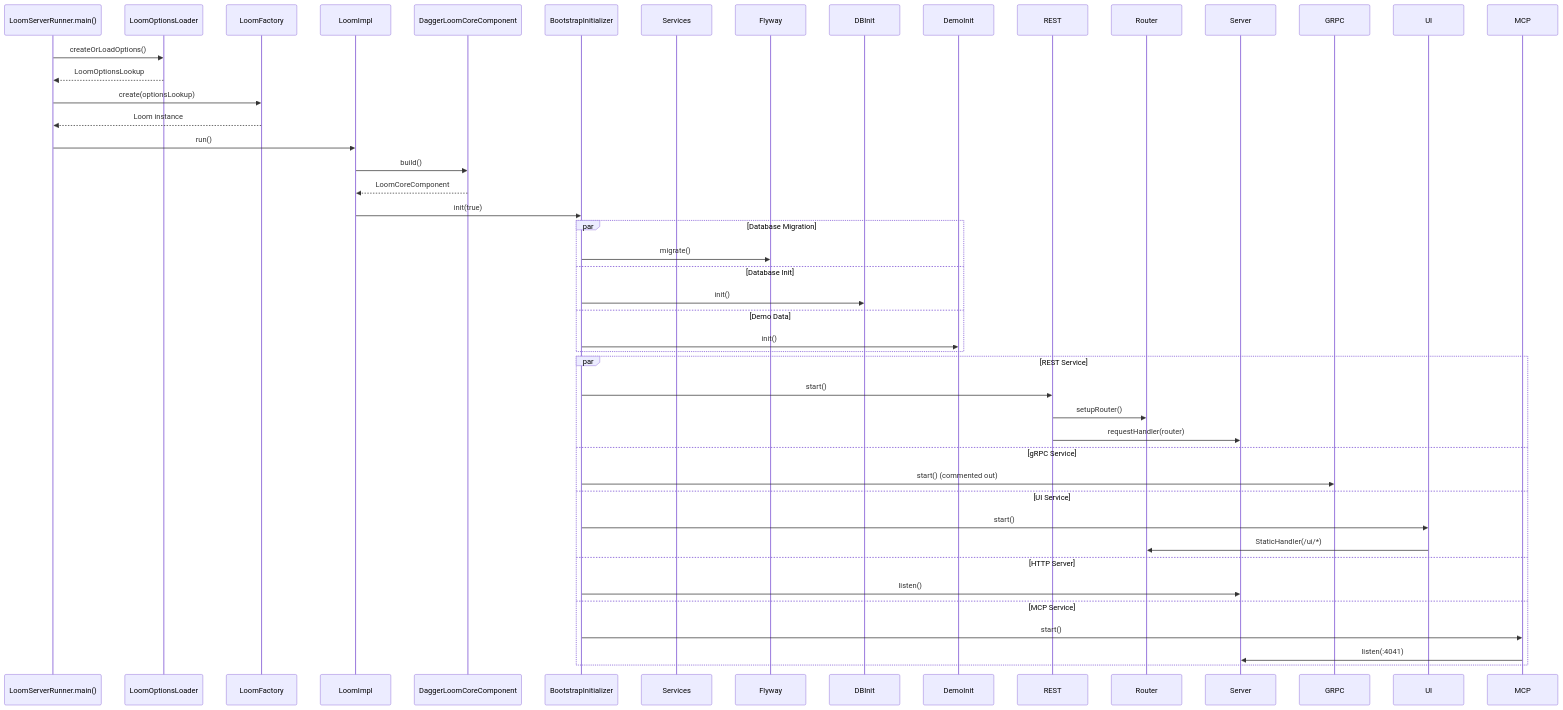
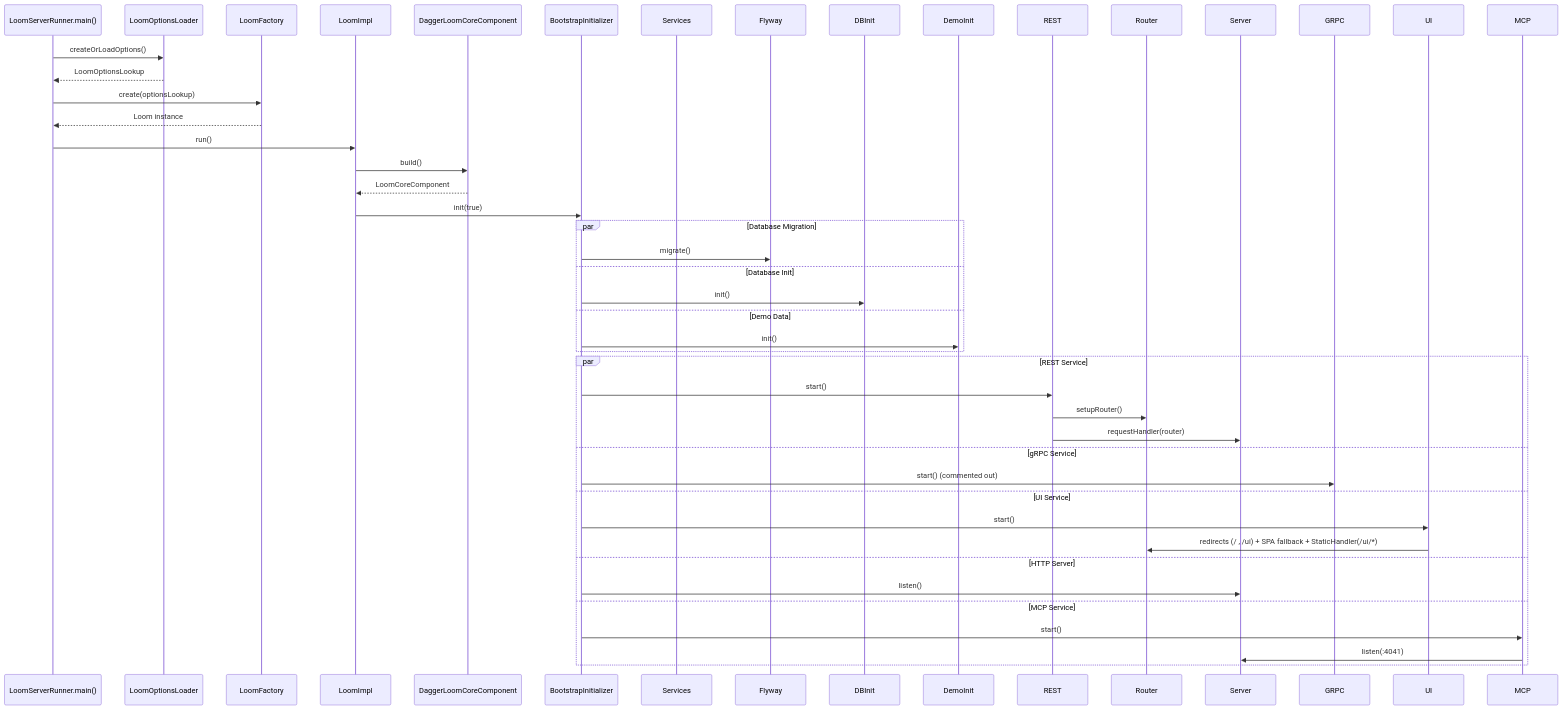
The second of 2 diagrams in spec/loom/SERVER.md (metaloom/metaloom), drawn with Mermaid before and after one commit. The commit also changed other lines of this file and 24 other files, not shown here.

````diff
--- a/spec/loom/SERVER.md
+++ b/spec/loom/SERVER.md
@@ -130,43 +130,43 @@
 ```mermaid
 sequenceDiagram
     participant Main as LoomServerRunner.main()
     participant Loader as LoomOptionsLoader
     participant Factory as LoomFactory
     participant Impl as LoomImpl
     participant Dagger as DaggerLoomCoreComponent
     participant Boot as BootstrapInitializer
     participant Services as Services
     
     Main->>Loader: createOrLoadOptions()
     Loader-->>Main: LoomOptionsLookup
     Main->>Factory: create(optionsLookup)
     Factory-->>Main: Loom instance
     Main->>Impl: run()
     Impl->>Dagger: build()
     Dagger-->>Impl: LoomCoreComponent
     Impl->>Boot: init(true)
     
     par Database Migration
         Boot->>Flyway: migrate()
     and Database Init
         Boot->>DBInit: init()
     and Demo Data
         Boot->>DemoInit: init()
     end
     
     par REST Service
         Boot->>REST: start()
         REST->>Router: setupRouter()
         REST->>Server: requestHandler(router)
     and gRPC Service
         Boot->>GRPC: start() (commented out)
     and UI Service
         Boot->>UI: start()
-        UI->>Router: StaticHandler(/ui/*)
+        UI->>Router: redirects (/ , /ui) + SPA fallback + StaticHandler(/ui/*)
     and HTTP Server
         Boot->>Server: listen()
     and MCP Service
         Boot->>MCP: start()
         MCP->>Server: listen(:4041)
     end
 ```
````
